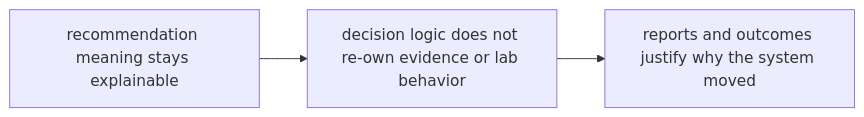
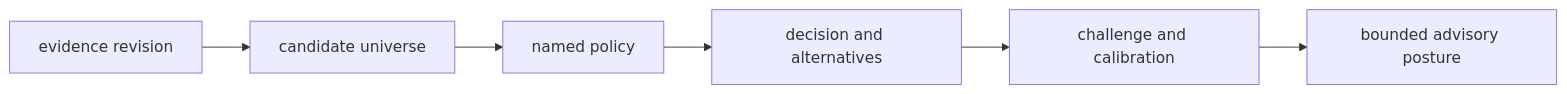
The diagram in docs/05-bijux-proteomics-intelligence/quality/invariants.md (bijux/bijux-proteomics), drawn with Mermaid before and after one commit. The commit also changed other lines of this file and 2 other files, not shown here.

Commit message:
docs(intelligence): validate complete decision records

````diff
--- a/docs/05-bijux-proteomics-intelligence/quality/invariants.md
+++ b/docs/05-bijux-proteomics-intelligence/quality/invariants.md
@@ -16,8 +31,8 @@
 ```mermaid
 flowchart LR
-    recommendation["recommendation meaning stays explainable"]
-    ownership["decision logic does not re-own evidence or lab behavior"]
-    outputs["reports and outcomes justify why the system moved"]
-
-    recommendation --> ownership --> outputs
+    E["evidence revision"] --> C["candidate universe"]
+    C --> P["named policy"]
+    P --> D["decision and alternatives"]
+    D --> H["challenge and calibration"]
+    H --> A["bounded advisory posture"]
 ```
````
